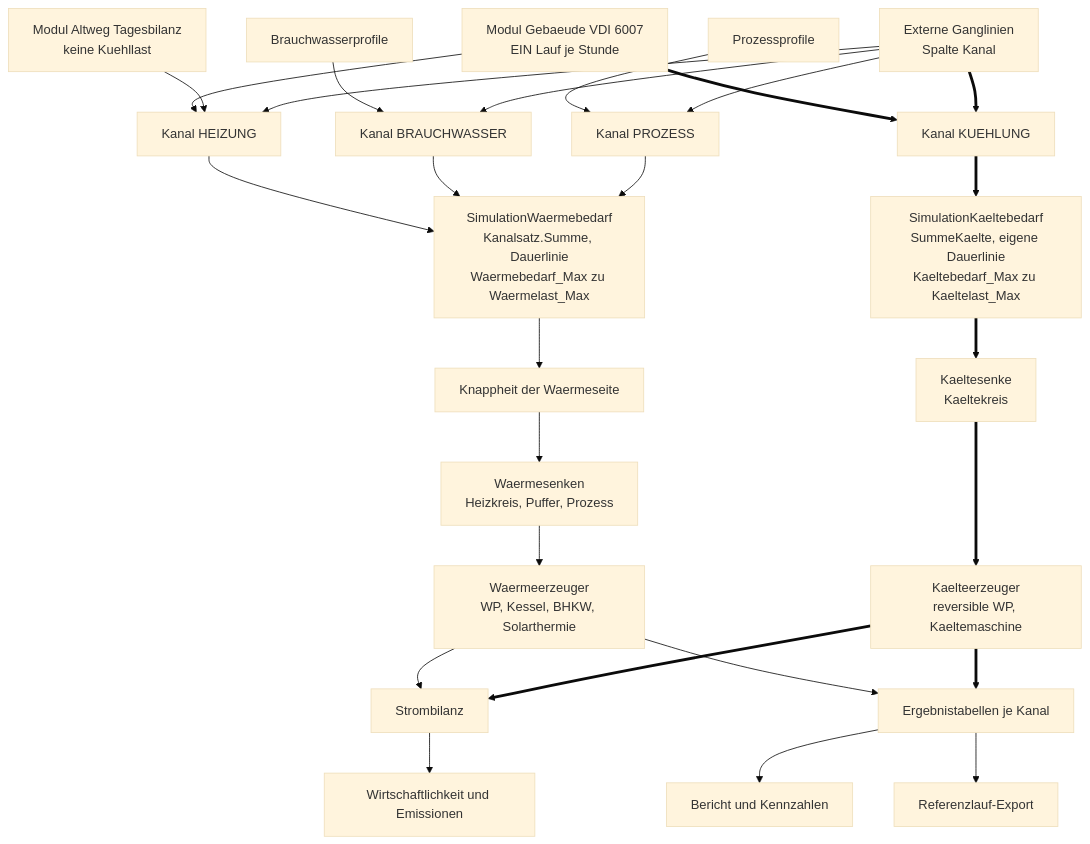
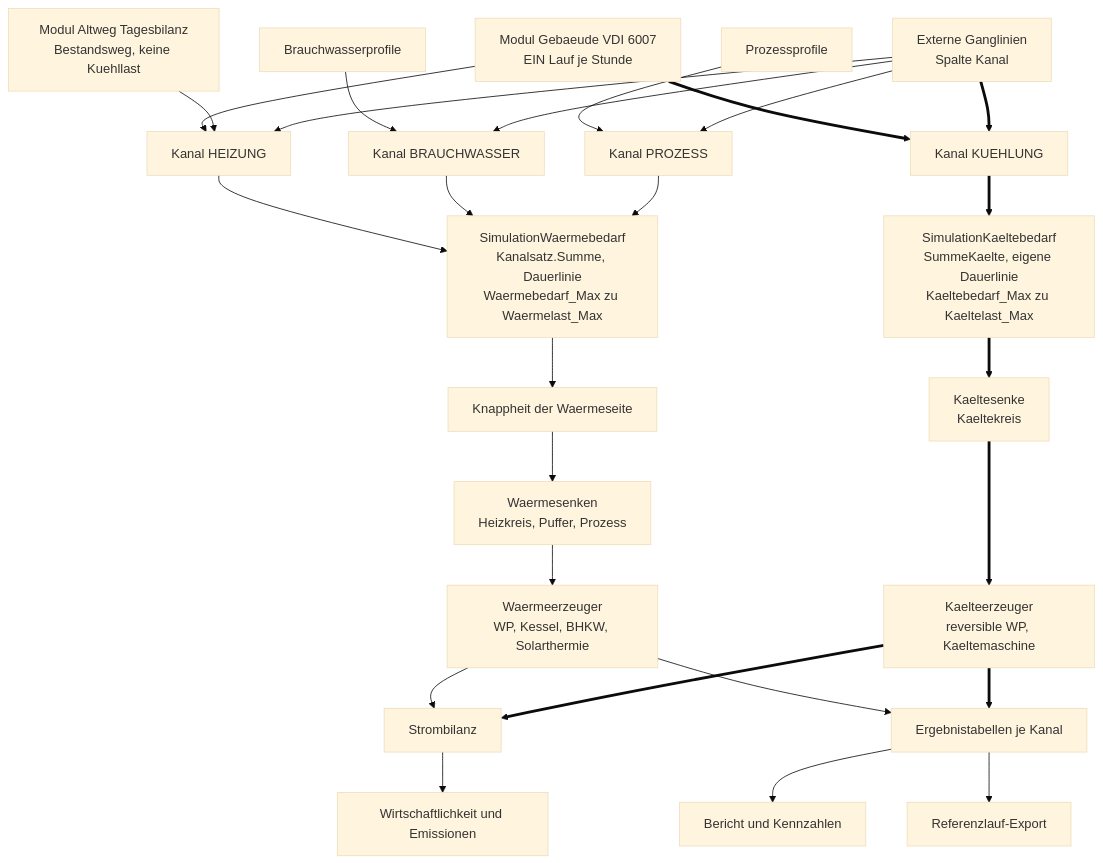
One commit to inekon/EPOS-Plan changed the second of 4 diagrams in Dokumentation/aktuell/Konzept_Kuehlung_Gebaeudesimulation_EPOS-Plan.md. Above: the diagram before and after it, drawn with Mermaid (base theme). The commit also changed other lines of this file and 14 other files, not shown here.

````diff
--- a/Dokumentation/aktuell/Konzept_Kuehlung_Gebaeudesimulation_EPOS-Plan.md
+++ b/Dokumentation/aktuell/Konzept_Kuehlung_Gebaeudesimulation_EPOS-Plan.md
@@ -657,31 +669,31 @@
 ```mermaid
 flowchart TD
     GEB["Modul Gebaeude VDI 6007<br/>EIN Lauf je Stunde"] --> KH["Kanal HEIZUNG"]
     GEB ==> KK["Kanal KUEHLUNG"]
-    ALT["Modul Altweg Tagesbilanz<br/>keine Kuehllast"] --> KH
+    ALT["Modul Altweg Tagesbilanz<br/>Bestandsweg, keine Kuehllast"] --> KH
     BWP["Brauchwasserprofile"] --> KB["Kanal BRAUCHWASSER"]
     PWP["Prozessprofile"] --> KP["Kanal PROZESS"]
     EXT["Externe Ganglinien<br/>Spalte Kanal"] --> KH
     EXT --> KB
     EXT --> KP
     EXT ==> KK
 
     KH --> WS["SimulationWaermebedarf<br/>Kanalsatz.Summe, Dauerlinie<br/>Waermebedarf_Max zu Waermelast_Max"]
     KB --> WS
     KP --> WS
     KK ==> KS["SimulationKaeltebedarf<br/>SummeKaelte, eigene Dauerlinie<br/>Kaeltebedarf_Max zu Kaeltelast_Max"]
 
     WS --> WKN["Knappheit der Waermeseite"]
     WKN --> WSE["Waermesenken<br/>Heizkreis, Puffer, Prozess"]
     WSE --> WEZ["Waermeerzeuger<br/>WP, Kessel, BHKW, Solarthermie"]
     KS ==> KSE["Kaeltesenke<br/>Kaeltekreis"]
     KSE ==> KEZ["Kaelteerzeuger<br/>reversible WP, Kaeltemaschine"]
 
     WEZ --> STR["Strombilanz"]
     KEZ ==> STR
     STR --> WIR["Wirtschaftlichkeit und Emissionen"]
     WEZ --> ERG["Ergebnistabellen je Kanal"]
     KEZ ==> ERG
     ERG --> BER["Bericht und Kennzahlen"]
     ERG --> REF["Referenzlauf-Export"]
 ```
````
